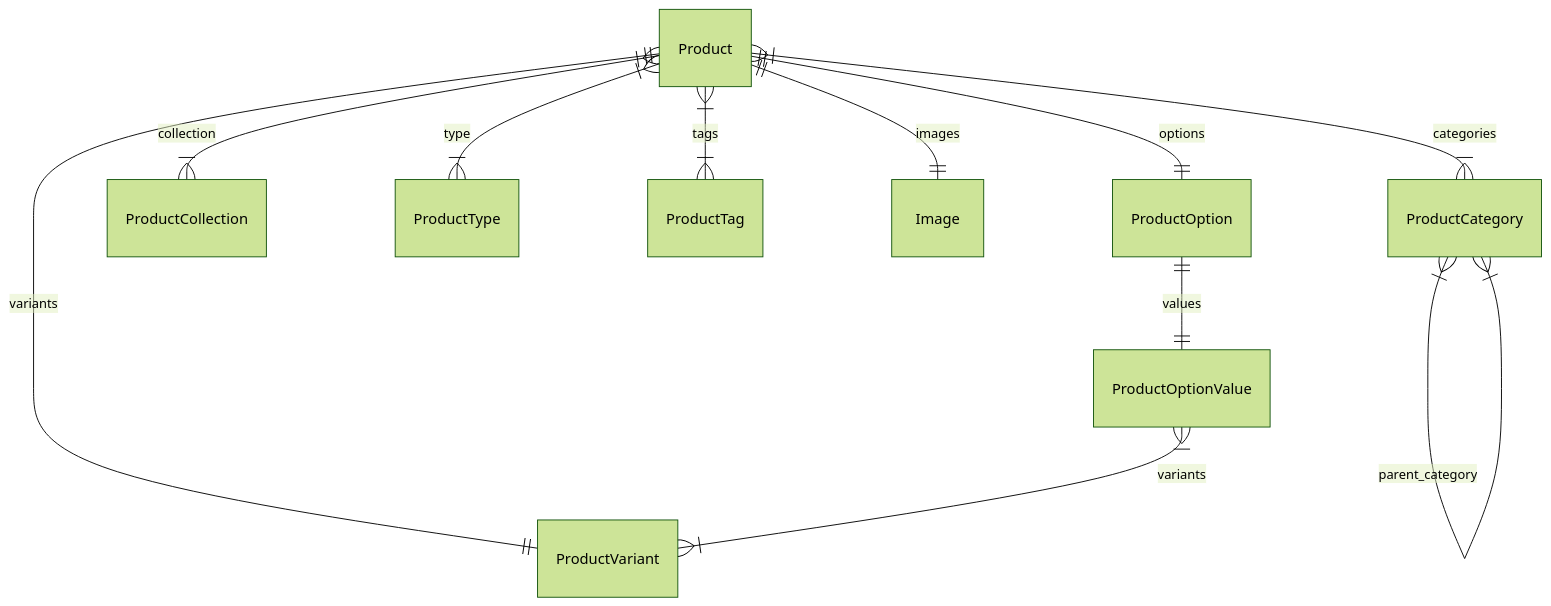
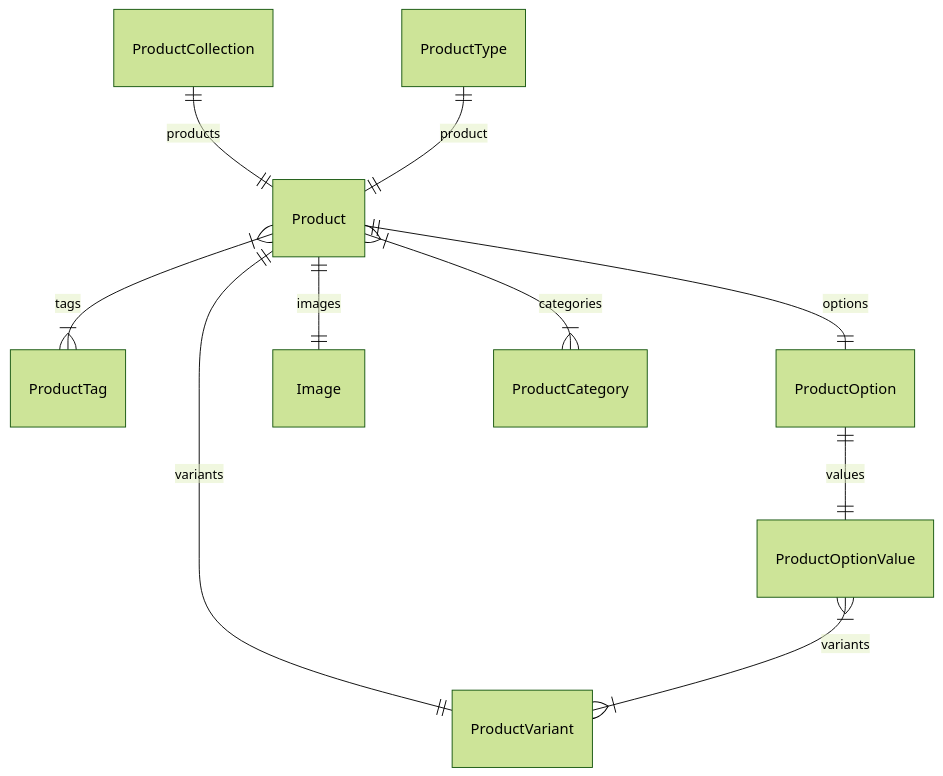
Before and after one commit to zaaakher/medusa: the diagram in www/apps/resources/references/modules/product_models/page.mdx, drawn with Mermaid (forest theme). The commit also changed other lines of this file and 152 other files, not shown here.

````diff
--- a/www/apps/resources/references/modules/product_models/page.mdx
+++ b/www/apps/resources/references/modules/product_models/page.mdx
@@ -14,14 +14,13 @@
 ```mermaid
 erDiagram
+	Product ||--|| ProductVariant : variants
+	Product }|--|{ ProductTag : tags
 	Product ||--|| ProductOption : options
-	Product ||--|| ProductVariant : variants
-	Product }|--|{ ProductCollection : collection
-	Product }|--|{ ProductType : type
-	Product }|--|{ ProductTag : tags
 	Product ||--|| Image : images
 	Product }|--|{ ProductCategory : categories
-	ProductCategory }|--|{ ProductCategory : parent_category
+	ProductCollection ||--|| Product : products
 	ProductOption ||--|| ProductOptionValue : values
 	ProductOptionValue }|--|{ ProductVariant : variants
+	ProductType ||--|| Product : product
 
 ```
````
